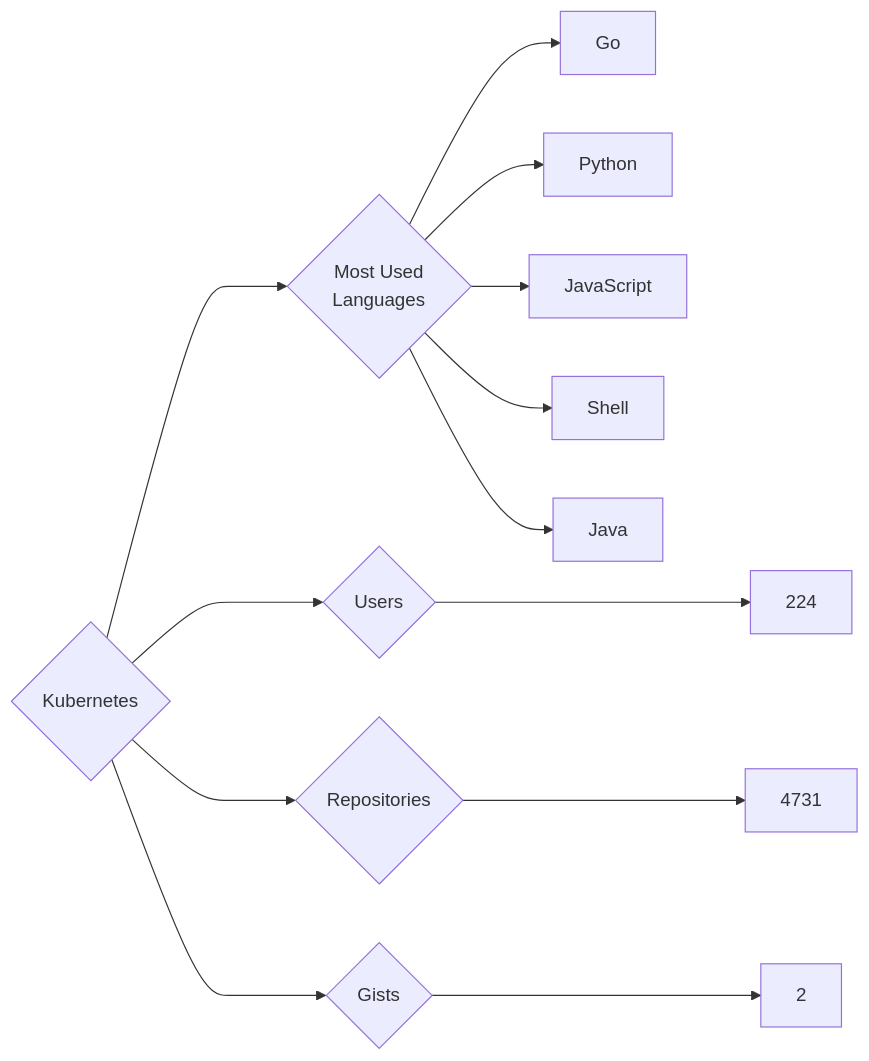
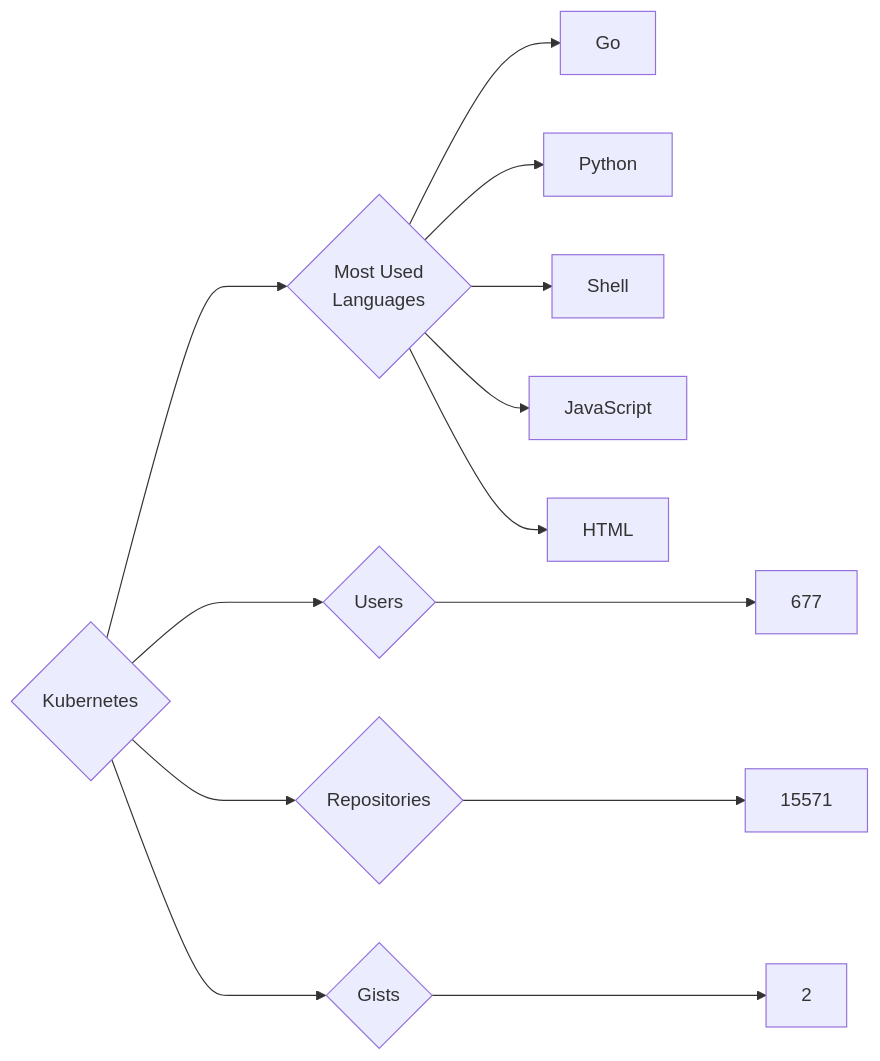
Before and after one commit to trickest/insiders: the diagram in targets/Kubernetes/README.md, drawn with Mermaid. The commit also changed 681 other files, not shown here.

````diff
--- a/targets/Kubernetes/README.md
+++ b/targets/Kubernetes/README.md
@@ -3,13 +3,13 @@
 ```mermaid
 graph LR
 COMPANY_NAME{Kubernetes}
-COMPANY_NAME ---> U{Users} ---> UN[224]
-COMPANY_NAME ---> R{Repositories} ---> RN[4731]
+COMPANY_NAME ---> U{Users} ---> UN[677]
+COMPANY_NAME ---> R{Repositories} ---> RN[15571]
 COMPANY_NAME ---> G{Gists} ---> GN[2]
 COMPANY_NAME ---> ML{Most Used<br>Languages}
 ML --> Go[Go]
 ML --> Python[Python]
+ML --> Shell[Shell]
 ML --> JavaScript[JavaScript]
-ML --> Shell[Shell]
-ML --> Java[Java]
+ML --> HTML[HTML]
 ```
````
